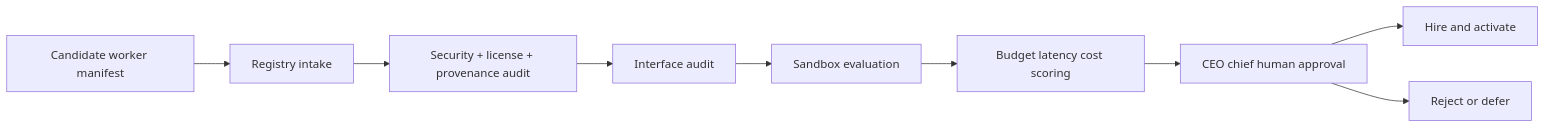
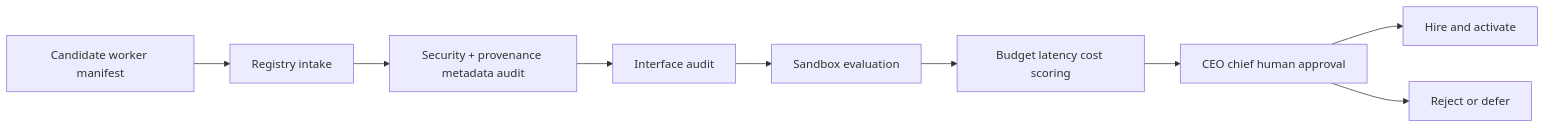
The second of 4 diagrams in .github/prompts/PLAN_gamma.md (Maaroufabousaleh/AIAT), drawn with Mermaid before and after one commit. The commit also changed other lines of this file and 55 other files, not shown here.

````diff
--- a/.github/prompts/PLAN_gamma.md
+++ b/.github/prompts/PLAN_gamma.md
@@ -285,11 +291,11 @@
 ```mermaid
 flowchart LR
     Candidate[Candidate worker manifest] --> Intake[Registry intake]
-    Intake --> Audit[Security + license + provenance audit]
+    Intake --> Audit[Security + provenance metadata audit]
     Audit --> Interface[Interface audit]
     Interface --> Sandbox[Sandbox evaluation]
     Sandbox --> Budget[Budget latency cost scoring]
     Budget --> Approval[CEO chief human approval]
     Approval --> Active[Hire and activate]
     Approval --> Reject[Reject or defer]
 ```
````
